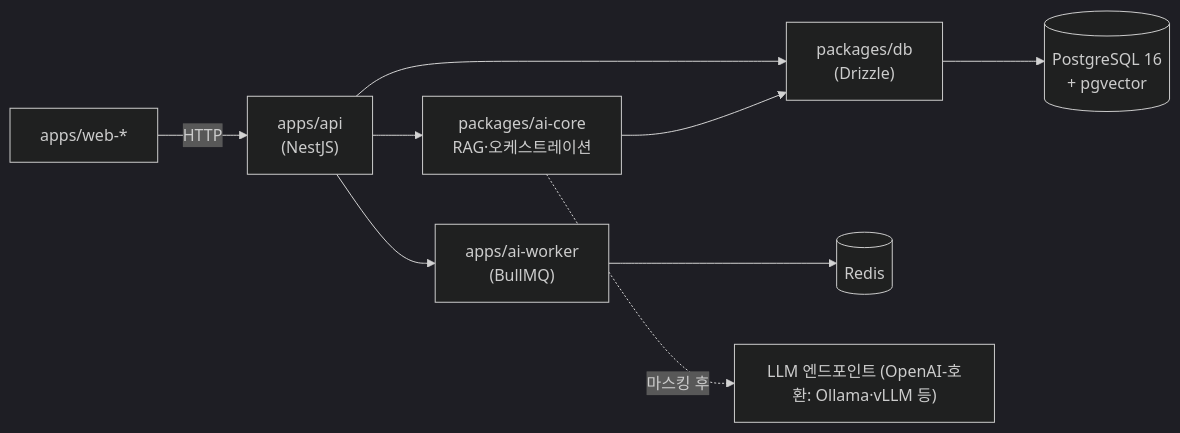
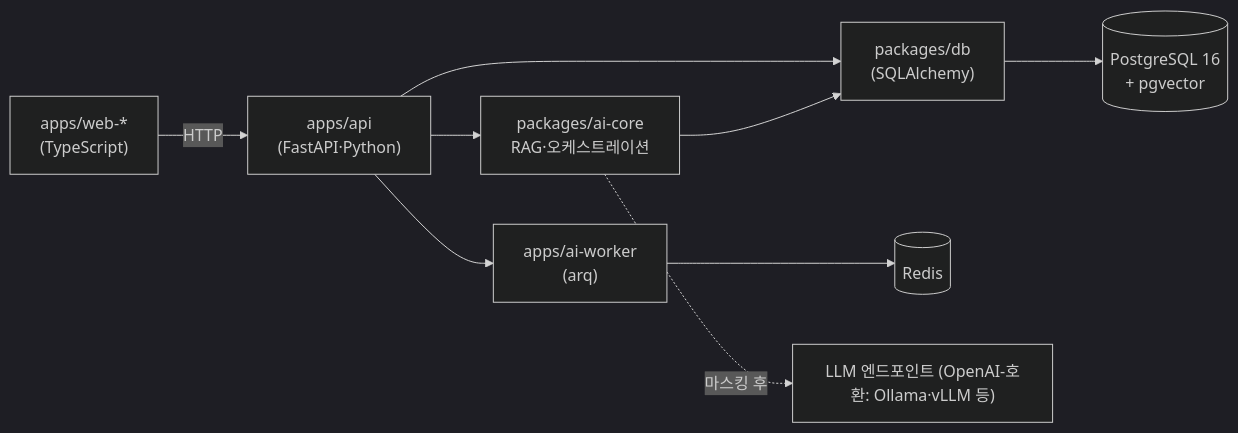
One commit to romis9724/LIVIQ changed the second of 2 diagrams in ARCHITECTURE.md. Above: the diagram before and after it, drawn with Mermaid (dark theme). The commit also changed other lines of this file and 16 other files, not shown here.

First line of the commit message:
docs: 백엔드 Python 전환 — ADR-0013 (FastAPI·SQLAlchemy·arq·uv)

````diff
--- a/ARCHITECTURE.md
+++ b/ARCHITECTURE.md
@@ -43,11 +43,11 @@
 ```mermaid
 graph LR
-  WEB["apps/web-*"] -->|HTTP| API["apps/api<br/>(NestJS)"]
+  WEB["apps/web-*<br/>(TypeScript)"] -->|HTTP| API["apps/api<br/>(FastAPI·Python)"]
   API --> AICORE["packages/ai-core<br/>RAG·오케스트레이션"]
-  API --> DB["packages/db<br/>(Drizzle)"]
+  API --> DB["packages/db<br/>(SQLAlchemy)"]
   AICORE --> DB
-  API --> WORKER["apps/ai-worker<br/>(BullMQ)"]
+  API --> WORKER["apps/ai-worker<br/>(arq)"]
   DB --> PG[("PostgreSQL 16<br/>+ pgvector")]
   WORKER --> REDIS[("Redis")]
   AICORE -.->|마스킹 후| LLM["LLM 엔드포인트 (OpenAI-호환: Ollama·vLLM 등)"]
 ```
````
